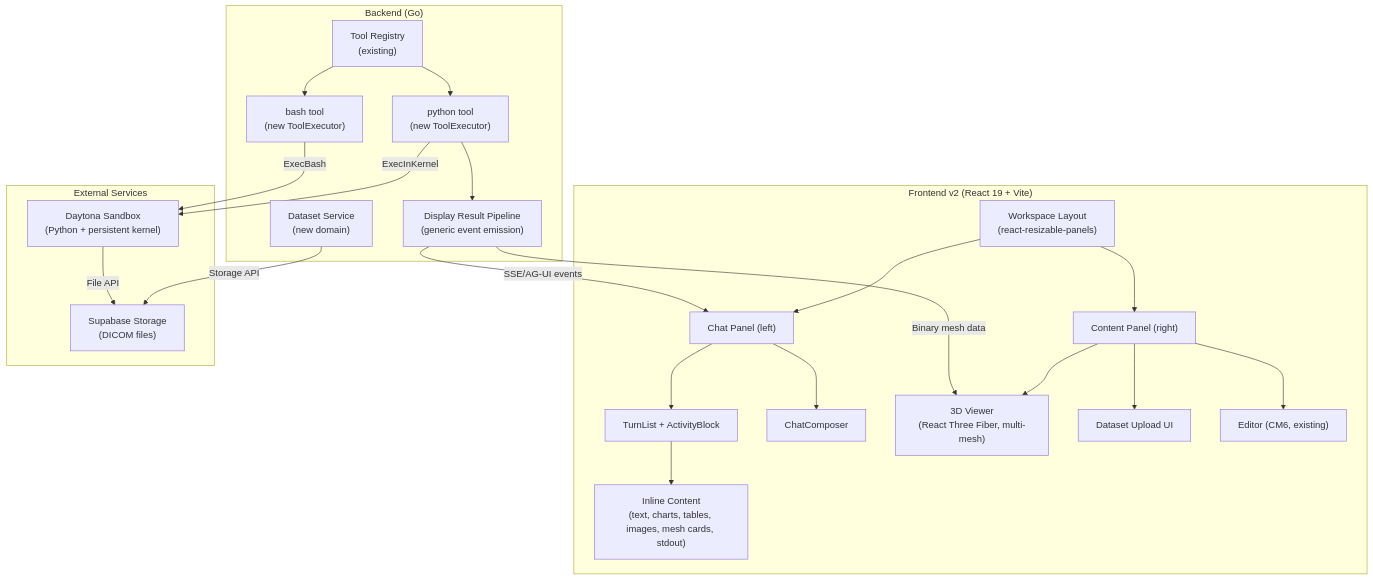
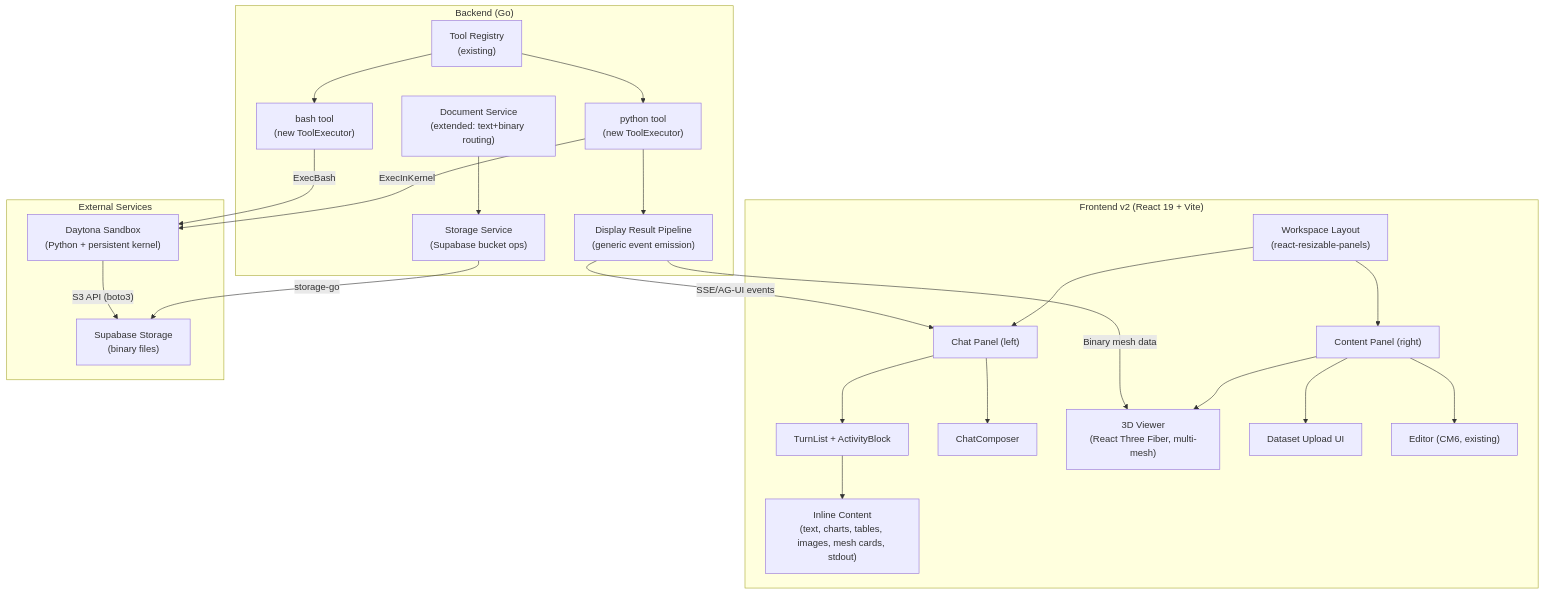
Before and after one commit to haowjy/meridian-flow: the first of 2 diagrams in .meridian/work/biomedical-mvp/design/overview.md, drawn with Mermaid. The commit also changed other lines of this file and 2 other files, not shown here.

````diff
--- a/.meridian/work/biomedical-mvp/design/overview.md
+++ b/.meridian/work/biomedical-mvp/design/overview.md
@@ -7,37 +7,39 @@
 ```mermaid
 flowchart TB
     subgraph Frontend["Frontend v2 (React 19 + Vite)"]
         Layout["Workspace Layout<br/>(react-resizable-panels)"]
         Layout --> ChatPanel["Chat Panel (left)"]
         Layout --> ContentPanel["Content Panel (right)"]
         ChatPanel --> TurnList["TurnList + ActivityBlock"]
         ChatPanel --> Composer["ChatComposer"]
         TurnList --> InlineContent["Inline Content<br/>(text, charts, tables, images, mesh cards, stdout)"]
         ContentPanel --> Viewer3D["3D Viewer<br/>(React Three Fiber, multi-mesh)"]
         ContentPanel --> DatasetUI["Dataset Upload UI"]
         ContentPanel --> Editor["Editor (CM6, existing)"]
     end
 
     subgraph Backend["Backend (Go)"]
         ToolReg["Tool Registry<br/>(existing)"]
         PythonTool["python tool<br/>(new ToolExecutor)"]
         BashTool["bash tool<br/>(new ToolExecutor)"]
-        DatasetSvc["Dataset Service<br/>(new domain)"]
+        FileSvc["Document Service<br/>(extended: text+binary routing)"]
+        StorageSvc["Storage Service<br/>(Supabase bucket ops)"]
         DisplayPipeline["Display Result Pipeline<br/>(generic event emission)"]
         ToolReg --> PythonTool
         ToolReg --> BashTool
         PythonTool --> DisplayPipeline
+        FileSvc --> StorageSvc
     end
 
     subgraph External["External Services"]
         Daytona["Daytona Sandbox<br/>(Python + persistent kernel)"]
-        Supabase["Supabase Storage<br/>(DICOM files)"]
+        Supabase["Supabase Storage<br/>(binary files)"]
     end
 
     PythonTool -->|"ExecInKernel"| Daytona
     BashTool -->|"ExecBash"| Daytona
-    DatasetSvc -->|"Storage API"| Supabase
+    StorageSvc -->|"storage-go"| Supabase
     DisplayPipeline -->|"SSE/AG-UI events"| ChatPanel
     DisplayPipeline -->|"Binary mesh data"| Viewer3D
-    Daytona -->|"File API"| Supabase
+    Daytona -->|"S3 API (boto3)"| Supabase
 ```
````
